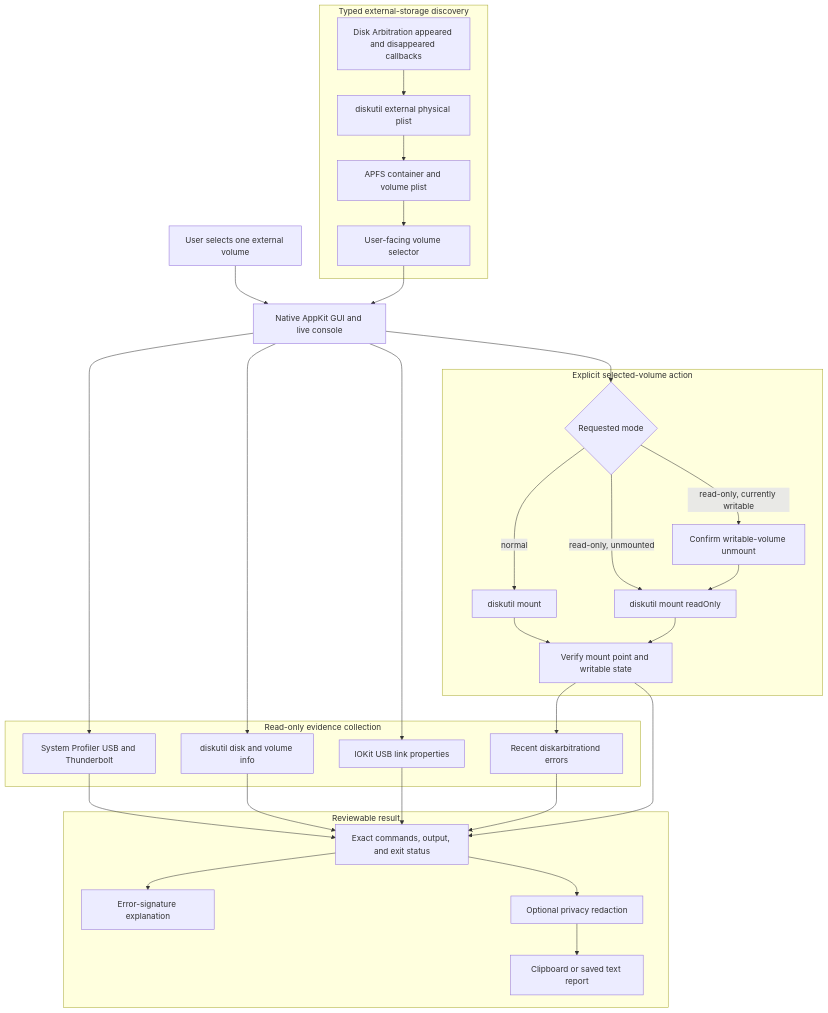
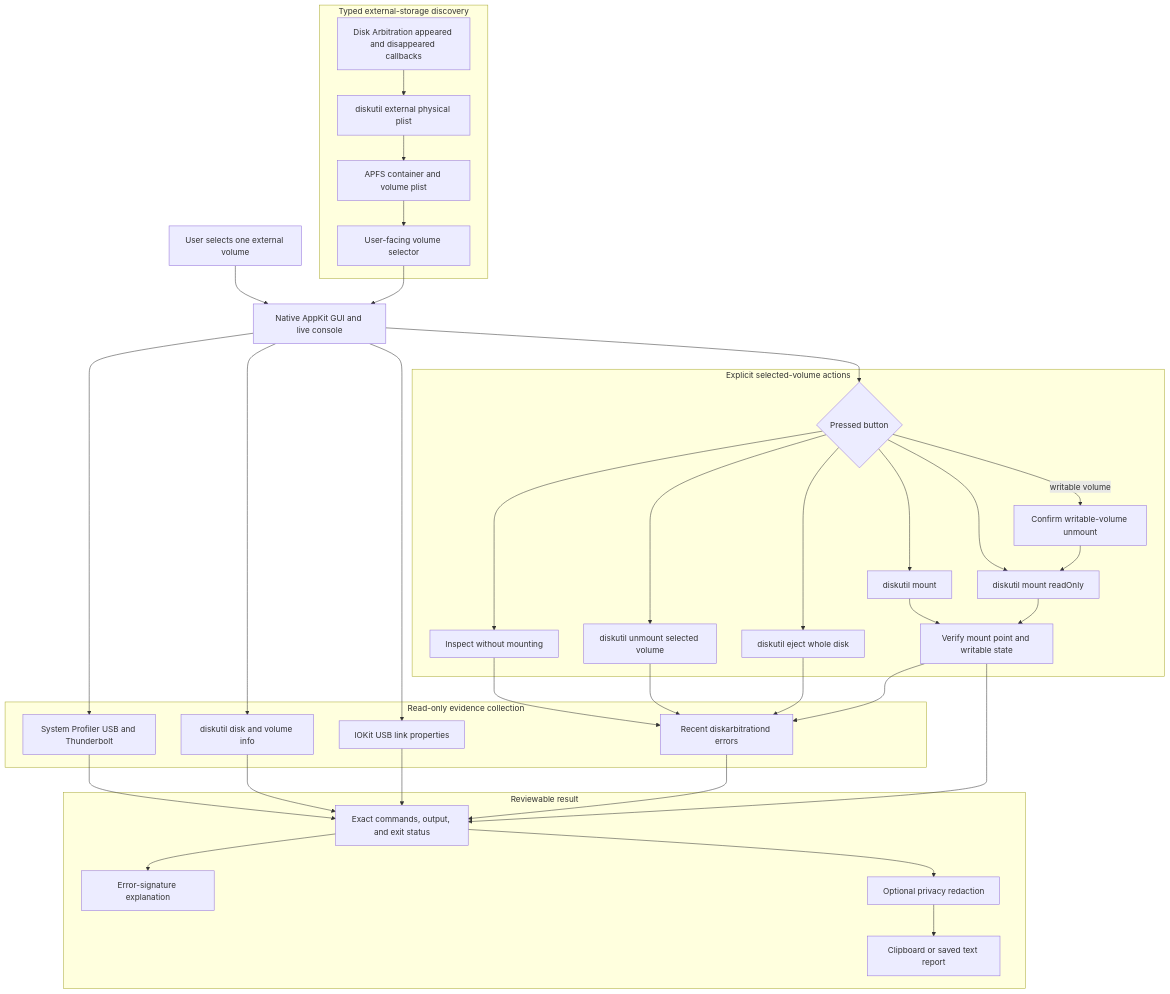
The diagram in README.md (hideouts-io/VolumeMountTroubleshooter), drawn with Mermaid before and after one commit. The commit also changed other lines of this file and 6 other files, not shown here.

````diff
--- a/README.md
+++ b/README.md
@@ -145,59 +147,68 @@
 ```mermaid
 flowchart TB
     User["User selects one external volume"]
     UI["Native AppKit GUI and live console"]
 
     subgraph Discovery["Typed external-storage discovery"]
         DA["Disk Arbitration appeared and disappeared callbacks"]
         List["diskutil external physical plist"]
         APFS["APFS container and volume plist"]
         Selector["User-facing volume selector"]
     end
 
     subgraph Evidence["Read-only evidence collection"]
         SP["System Profiler USB and Thunderbolt"]
         Info["diskutil disk and volume info"]
         IOKit["IOKit USB link properties"]
         Logs["Recent diskarbitrationd errors"]
     end
 
-    subgraph Action["Explicit selected-volume action"]
-        Mode{"Requested mode"}
+    subgraph Action["Explicit selected-volume actions"]
+        Choice{"Pressed button"}
+        Inspect["Inspect without mounting"]
         Normal["diskutil mount"]
         Confirm["Confirm writable-volume unmount"]
         ReadOnly["diskutil mount readOnly"]
+        Unmount["diskutil unmount selected volume"]
+        Eject["diskutil eject whole disk"]
         Verify["Verify mount point and writable state"]
     end
 
     subgraph Output["Reviewable result"]
         Console["Exact commands, output, and exit status"]
         Guide["Error-signature explanation"]
         Redact["Optional privacy redaction"]
         Report["Clipboard or saved text report"]
     end
 
     DA --> List
     List --> APFS
     APFS --> Selector
     User --> UI
     Selector --> UI
     UI --> SP
     UI --> Info
     UI --> IOKit
-    UI --> Mode
-    Mode -->|"normal"| Normal
-    Mode -->|"read-only, unmounted"| ReadOnly
-    Mode -->|"read-only, currently writable"| Confirm
+    UI --> Choice
+    Choice --> Inspect
+    Choice --> Normal
+    Choice --> ReadOnly
+    Choice -->|"writable volume"| Confirm
+    Choice --> Unmount
+    Choice --> Eject
     Confirm --> ReadOnly
     Normal --> Verify
     ReadOnly --> Verify
+    Inspect --> Logs
+    Unmount --> Logs
+    Eject --> Logs
     Verify --> Logs
     SP --> Console
     Info --> Console
     IOKit --> Console
     Logs --> Console
     Verify --> Console
     Console --> Guide
     Console --> Redact
     Redact --> Report
 ```
````
